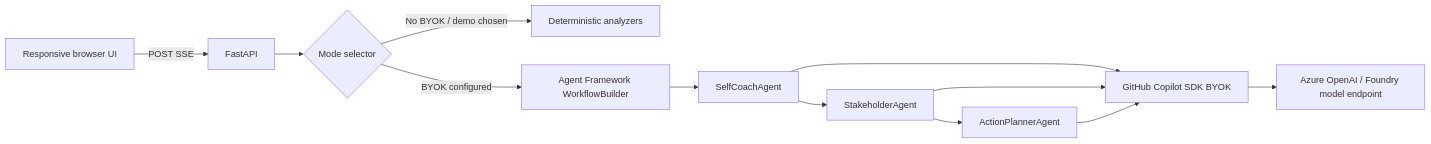
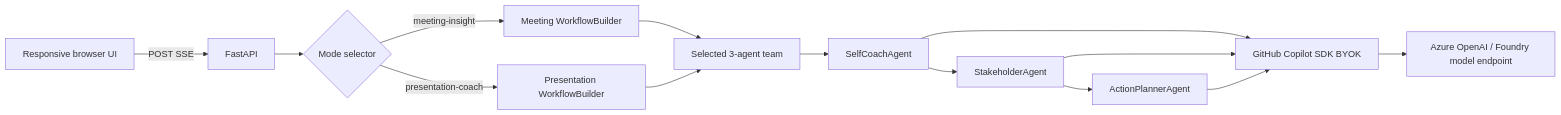
Before and after one commit to sykim-vlsi/meeting_MVP: the diagram in TRD.md, drawn with Mermaid. The commit also changed other lines of this file and 18 other files, not shown here.

````diff
--- a/TRD.md
+++ b/TRD.md
@@ -7,12 +7,13 @@
 ```mermaid
 flowchart LR
     Browser[Responsive browser UI] -->|POST SSE| API[FastAPI]
     API --> Selector{Mode selector}
-    Selector -->|No BYOK / demo chosen| Demo[Deterministic analyzers]
-    Selector -->|BYOK configured| MAF[Agent Framework WorkflowBuilder]
+    Selector -->|meeting-insight| Meeting[Meeting WorkflowBuilder]
+    Selector -->|presentation-coach| Presentation[Presentation WorkflowBuilder]
+    Meeting & Presentation --> MAF[Selected 3-agent team]
     MAF --> Self[SelfCoachAgent]
     Self --> Stake[StakeholderAgent]
     Stake --> Plan[ActionPlannerAgent]
     Self & Stake & Plan --> Copilot[GitHub Copilot SDK BYOK]
     Copilot --> AOAI[Azure OpenAI / Foundry model endpoint]
 ```
````
